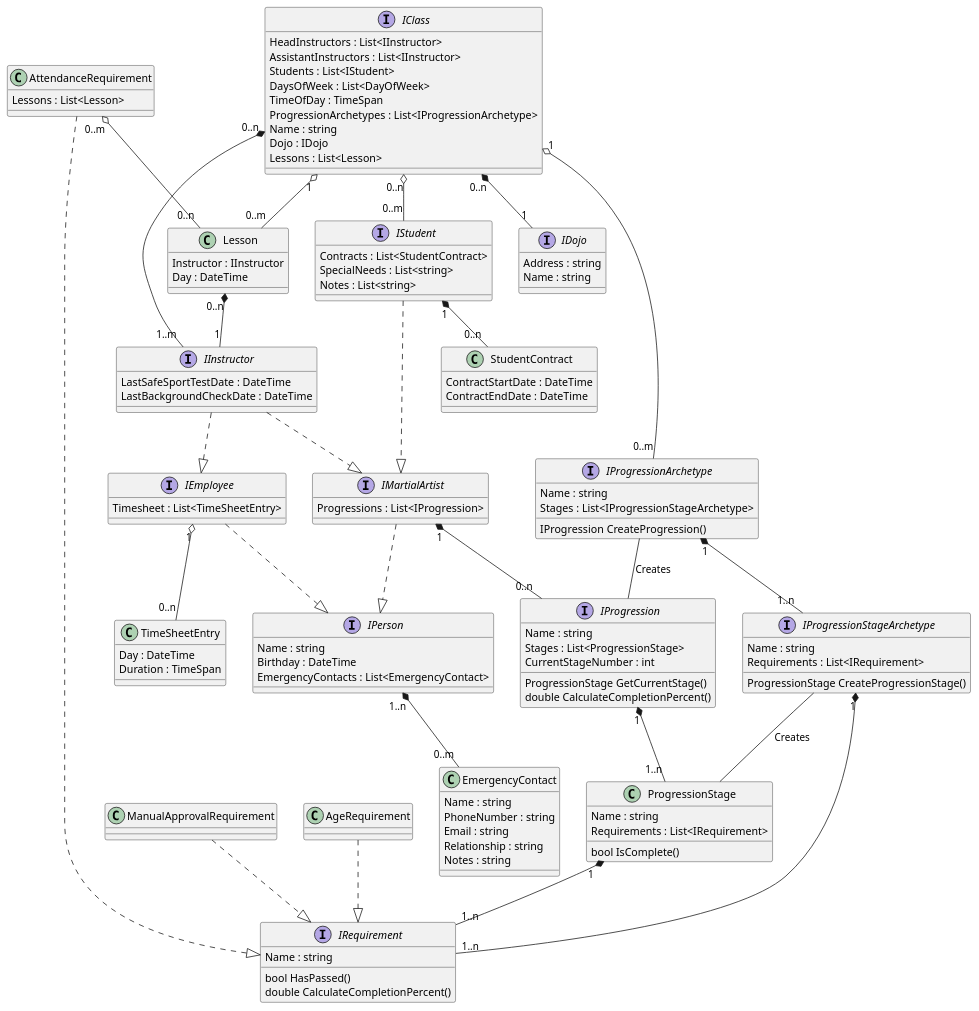
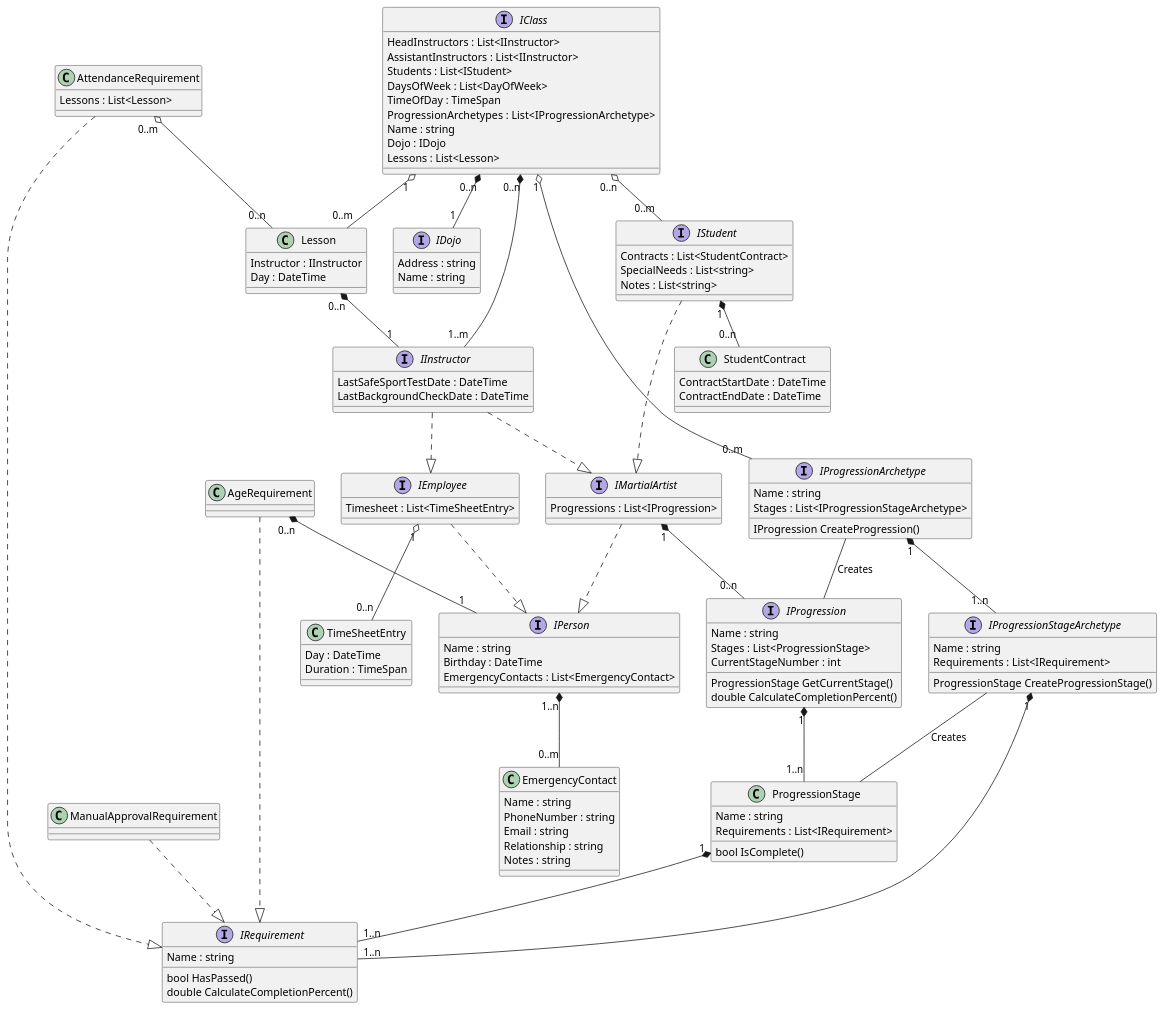
The diagram in Uml/BmaBackstageModel.plantuml (lavinrp/BmaBackstage), drawn with PlantUML before and after one commit.

Commit message:
#2 - Update UML

```diff
--- a/Uml/BmaBackstageModel.plantuml
+++ b/Uml/BmaBackstageModel.plantuml
@@ -1,163 +1,164 @@
 @startuml
 
 
 interface IRequirement
 {
     Name : string
     bool HasPassed()
     double CalculateCompletionPercent()
 }
 
 class AttendanceRequirement
 {
     Lessons : List<Lesson>
 }
 
 class ManualApprovalRequirement
 {
 }
 
 class AgeRequirement
 {
 }
 
 class ProgressionStage
 {
     Name : string
     Requirements : List<IRequirement>
     bool IsComplete()
 }
 
 interface IProgression
 {
     Name : string
     Stages : List<ProgressionStage>
     CurrentStageNumber : int
     ProgressionStage GetCurrentStage()
     double CalculateCompletionPercent()
 }
 
 interface IProgressionStageArchetype
 {
     Name : string
     Requirements : List<IRequirement>
     ProgressionStage CreateProgressionStage()
 }
 
 interface IProgressionArchetype
 {
     Name : string
     Stages : List<IProgressionStageArchetype>
     IProgression CreateProgression()
 }
 
 class EmergencyContact
 {
     Name : string
     PhoneNumber : string
     Email : string
     Relationship : string
     Notes : string
 }
 
 interface IPerson
 {
     Name : string
     Birthday : DateTime
     EmergencyContacts : List<EmergencyContact>
 }
 
 class TimeSheetEntry
 {
     Day : DateTime
     Duration : TimeSpan
 }
 
 interface IEmployee
 {
     Timesheet : List<TimeSheetEntry>
 }
 
 interface IMartialArtist
 {
     Progressions : List<IProgression>
 }
 
 interface IInstructor
 {
     LastSafeSportTestDate : DateTime
     LastBackgroundCheckDate : DateTime
 }
 
 class Lesson
 {
     Instructor : IInstructor
     Day : DateTime
 }
 
 class StudentContract
 {
     ContractStartDate : DateTime
     ContractEndDate : DateTime
 }
 
 interface IStudent
 {
     Contracts : List<StudentContract>
     SpecialNeeds : List<string>
     Notes : List<string>
 }
 
 interface IDojo
 {
     Address : string
     Name : string
 }
 
 interface IClass
 {
     HeadInstructors : List<IInstructor>
     AssistantInstructors : List<IInstructor>
     Students : List<IStudent>
     DaysOfWeek : List<DayOfWeek>
     TimeOfDay : TimeSpan
     ProgressionArchetypes : List<IProgressionArchetype>
     Name : string
     Dojo : IDojo
     Lessons : List<Lesson>
 }
 
 IMartialArtist ..|> IPerson
 IEmployee ..|> IPerson
 IInstructor ..|> IEmployee
 IInstructor ..|> IMartialArtist
 IStudent ..|> IMartialArtist
 
 AttendanceRequirement ..|> IRequirement
 ManualApprovalRequirement ..|> IRequirement
 AgeRequirement ..|> IRequirement
 
 IEmployee "1" o-- "0..n" TimeSheetEntry
 
 IProgressionStageArchetype "1" *-- "1..n" IRequirement
 IProgressionArchetype "1" *-- "1..n" IProgressionStageArchetype
 IProgressionArchetype -- IProgression : Creates
 IProgressionStageArchetype -- ProgressionStage : Creates
 
 ProgressionStage "1" *-- "1..n" IRequirement
 IProgression "1" *-- "1..n" ProgressionStage
 AttendanceRequirement "0..m" o-- "0..n" Lesson
+AgeRequirement "0..n" *-- "1" IPerson
 
 IPerson "1..n" *-- "0..m" EmergencyContact
 IMartialArtist "1" *-- "0..n" IProgression
 IStudent "1" *-- "0..n" StudentContract
 
 IClass "0..n" *-- "1..m" IInstructor
 IClass "0..n" o-- "0..m" IStudent
 IClass "0..n" *-- "1" IDojo
 IClass "1" o-- "0..m" Lesson
 IClass "1" o-- "0..m" IProgressionArchetype
 
 Lesson "0..n" *-- "1" IInstructor
 
 @enduml
```
